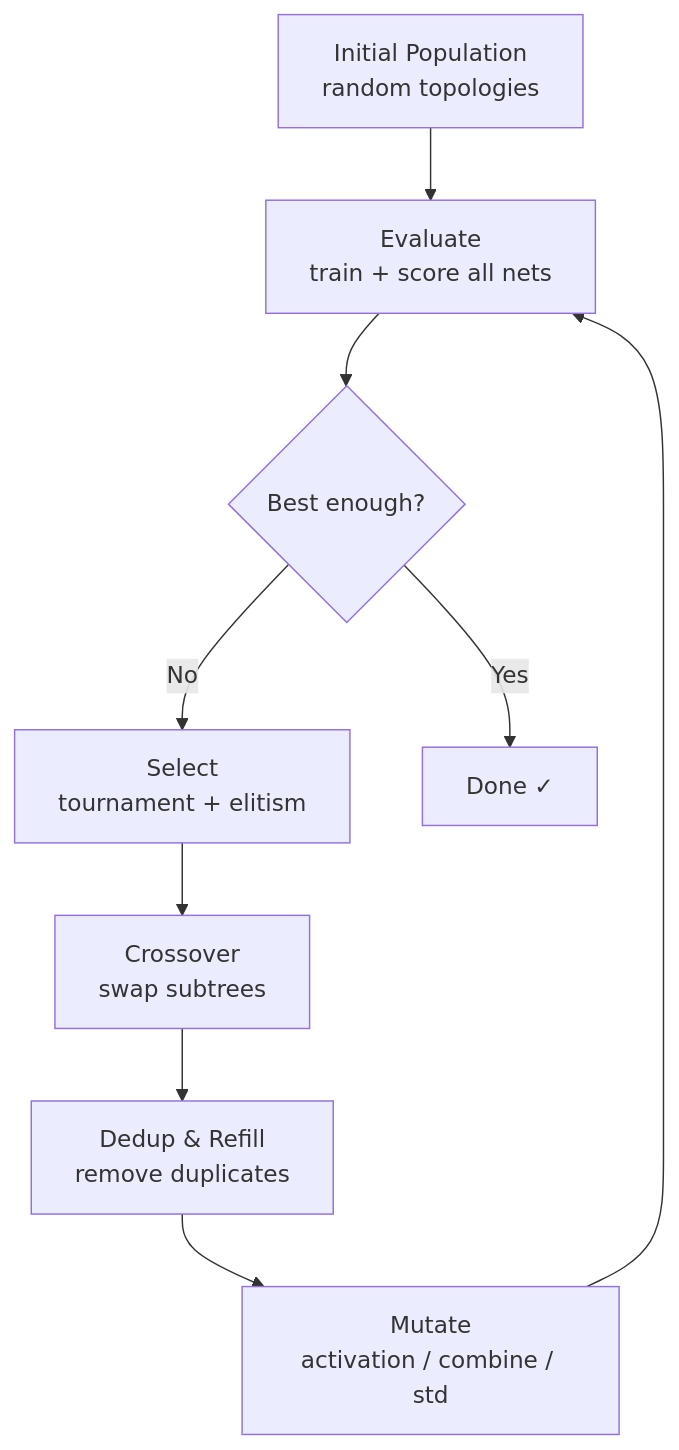
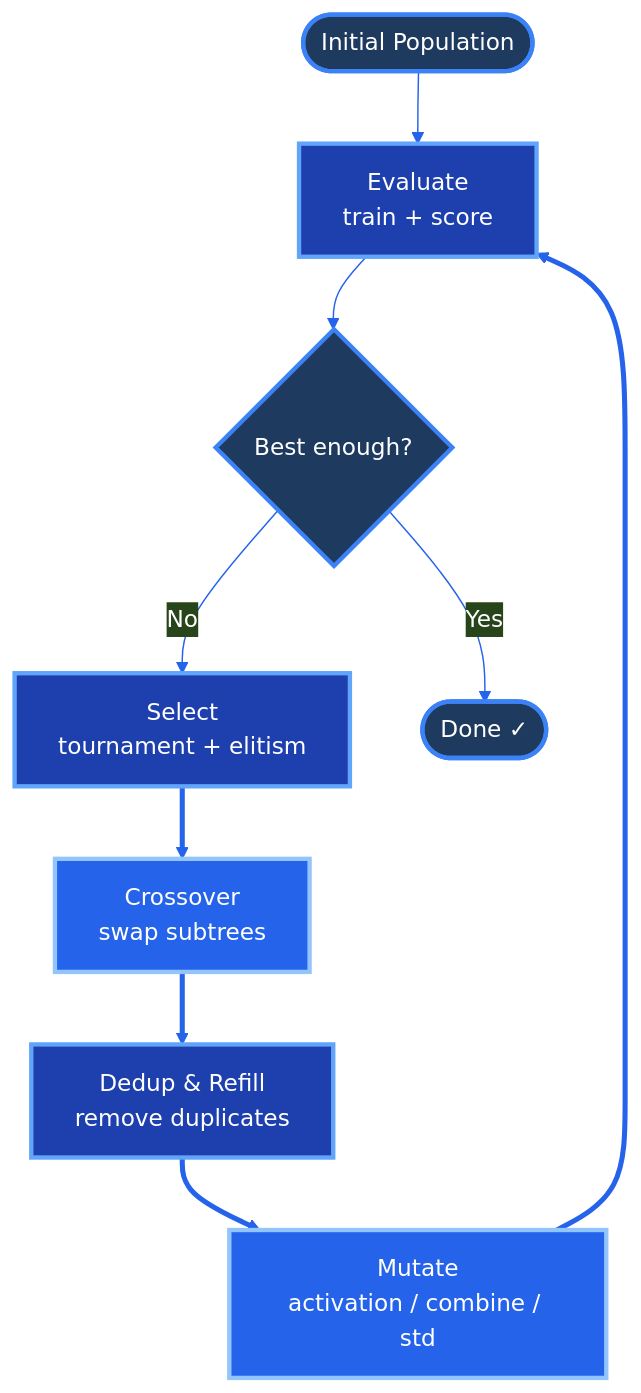
Before and after one commit to maulberto3/gras: the third of 3 diagrams in README.md, drawn with Mermaid. The commit also changed other lines of this file and 2 other files, not shown here.

````diff
--- a/README.md
+++ b/README.md
@@ -66,11 +80,25 @@
 ```mermaid
+%%{init: {'theme': 'base', 'themeVariables': {
+  'primaryColor': '#1a2744',
+  'primaryTextColor': '#fff',
+  'lineColor': '#2563eb',
+  'primaryBorderColor': '#3b82f6'
+}}}%%
 graph TD
-    A[Initial Population<br/>random topologies] --> B[Evaluate<br/>train + score all nets]
+    A([Initial Population]) --> B[Evaluate<br/>train + score]
     B --> C{Best enough?}
     C -->|No| D[Select<br/>tournament + elitism]
-    C -->|Yes| E[Done ✓]
-    D --> F[Crossover<br/>swap subtrees]
-    F --> G[Dedup & Refill<br/>remove duplicates]
-    G --> H[Mutate<br/>activation / combine / std]
-    H --> B
+    C -->|Yes| E([Done ✓])
+    D ==> F[Crossover<br/>swap subtrees]
+    F ==> G[Dedup & Refill<br/>remove duplicates]
+    G ==> H[Mutate<br/>activation / combine / std]
+    H ==> B
+    style A fill:#1e3a5f,stroke:#3b82f6,stroke-width:3px,color:#fff
+    style B fill:#1e40af,stroke:#60a5fa,stroke-width:3px,color:#fff
+    style C fill:#1e3a5f,stroke:#3b82f6,stroke-width:3px,color:#fff
+    style D fill:#1e40af,stroke:#60a5fa,stroke-width:3px,color:#fff
+    style E fill:#1e3a5f,stroke:#3b82f6,stroke-width:3px,color:#fff
+    style F fill:#2563eb,stroke:#93c5fd,stroke-width:3px,color:#fff
+    style G fill:#1e40af,stroke:#60a5fa,stroke-width:3px,color:#fff
+    style H fill:#2563eb,stroke:#93c5fd,stroke-width:3px,color:#fff
 ```
````
